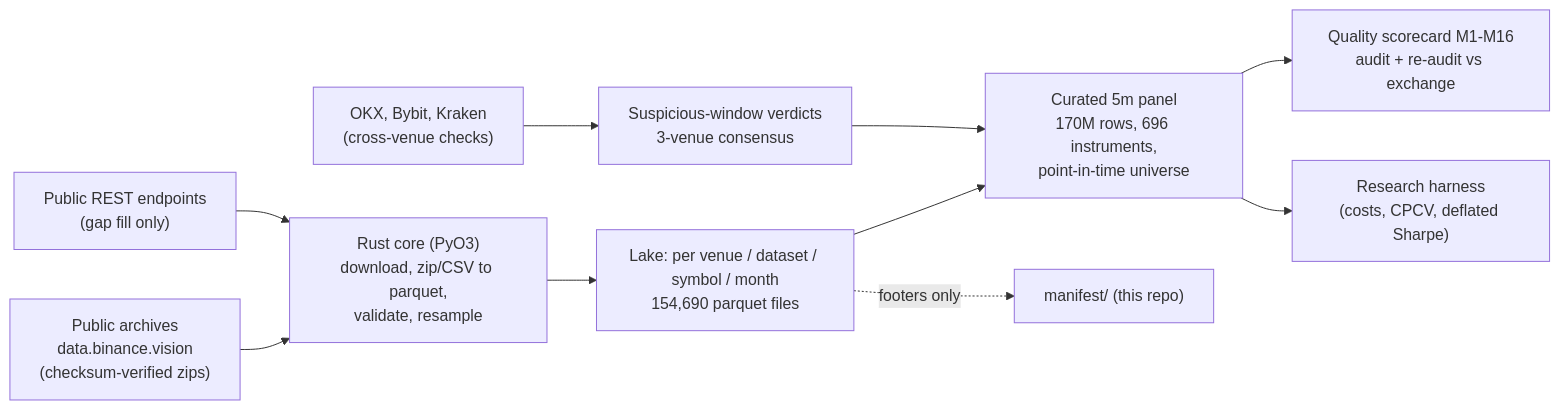
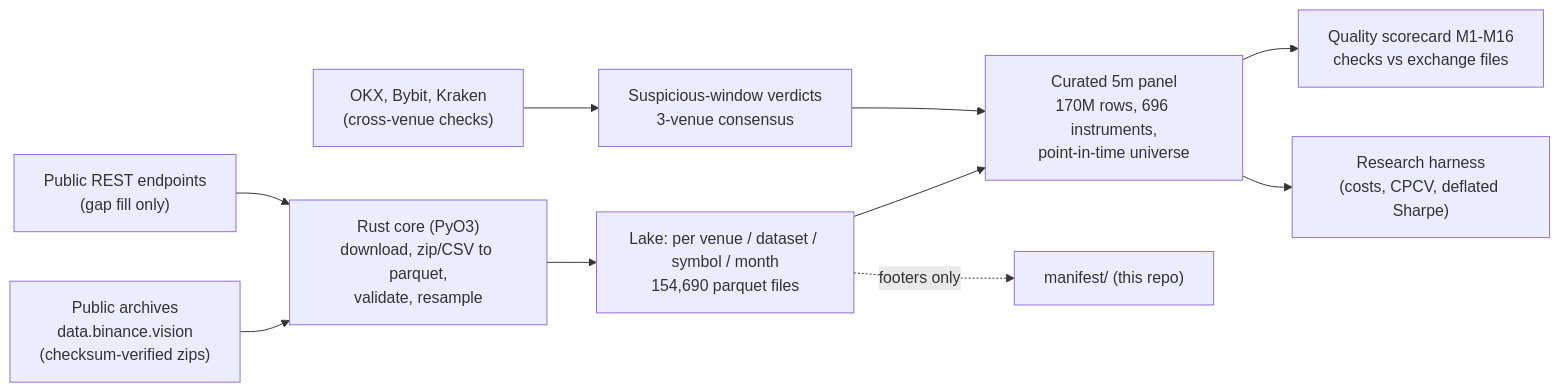
Before and after one commit to landtml/market-data-platform: the diagram in README.md, drawn with Mermaid. The commit also changed other lines of this file and 12 other files, not shown here.

````diff
--- a/README.md
+++ b/README.md
@@ -49,12 +49,12 @@
 ```mermaid
 flowchart LR
   A["Public archives<br/>data.binance.vision<br/>(checksum-verified zips)"] --> B["Rust core (PyO3)<br/>download, zip/CSV to parquet,<br/>validate, resample"]
   R["Public REST endpoints<br/>(gap fill only)"] --> B
   B --> L["Lake: per venue / dataset / symbol / month<br/>154,690 parquet files"]
   X["OKX, Bybit, Kraken<br/>(cross-venue checks)"] --> V["Suspicious-window verdicts<br/>3-venue consensus"]
   L --> P["Curated 5m panel<br/>170M rows, 696 instruments,<br/>point-in-time universe"]
   V --> P
-  P --> Q["Quality scorecard M1-M16<br/>audit + re-audit vs exchange"]
+  P --> Q["Quality scorecard M1-M16<br/>checks vs exchange files"]
   P --> S["Research harness<br/>(costs, CPCV, deflated Sharpe)"]
   L -. "footers only" .-> M["manifest/ (this repo)"]
 ```
````
